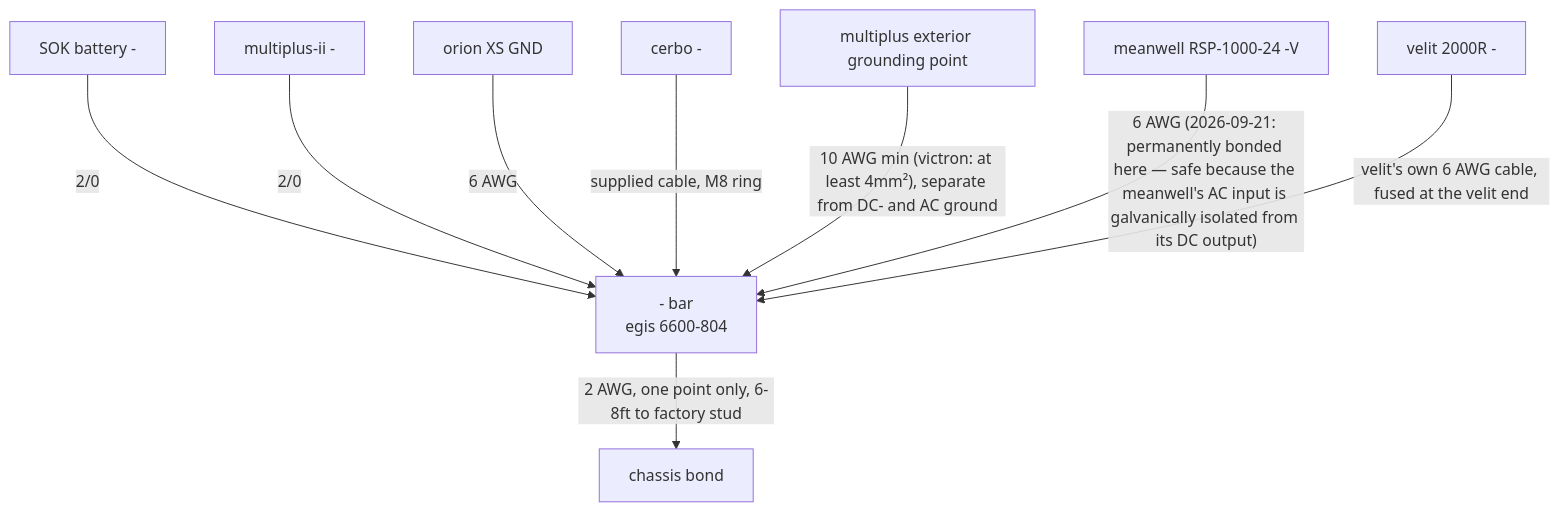
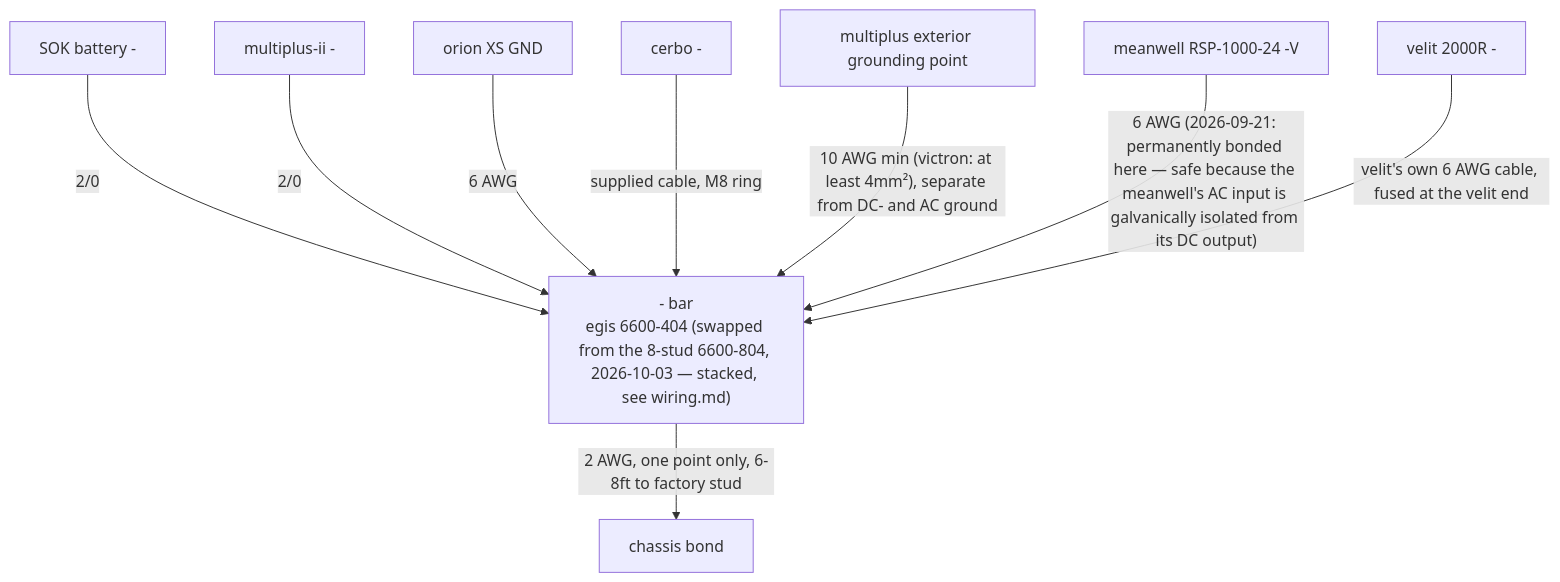
Before and after one commit to timit/vandalia: the second of 6 diagrams in electrical/diagrams.md, drawn with Mermaid. The commit also changed other lines of this file and 5 other files, not shown here.

````diff
--- a/electrical/diagrams.md
+++ b/electrical/diagrams.md
@@ -30,11 +30,11 @@
 ```mermaid
 flowchart TB
-  sokn["SOK battery -"] -->|"2/0"| nbar["- bar<br/>egis 6600-804"]
+  sokn["SOK battery -"] -->|"2/0"| nbar["- bar<br/>egis 6600-404 (swapped from the 8-stud 6600-804, 2026-10-03 — stacked, see wiring.md)"]
   mpn["multiplus-ii -"] -->|"2/0"| nbar
   xsg["orion XS GND"] -->|"6 AWG"| nbar
   cerbon["cerbo -"] -->|"supplied cable, M8 ring"| nbar
   mpg["multiplus exterior grounding point"] -->|"10 AWG min (victron: at least 4mm²), separate from DC- and AC ground"| nbar
   mwn["meanwell RSP-1000-24 -V"] -->|"6 AWG (2026-09-21: permanently bonded here — safe because the meanwell's AC input is galvanically isolated from its DC output)"| nbar
   veln["velit 2000R -"] -->|"velit's own 6 AWG cable, fused at the velit end"| nbar
   nbar -->|"2 AWG, one point only, 6-8ft to factory stud"| chassis["chassis bond"]
 ```
````
